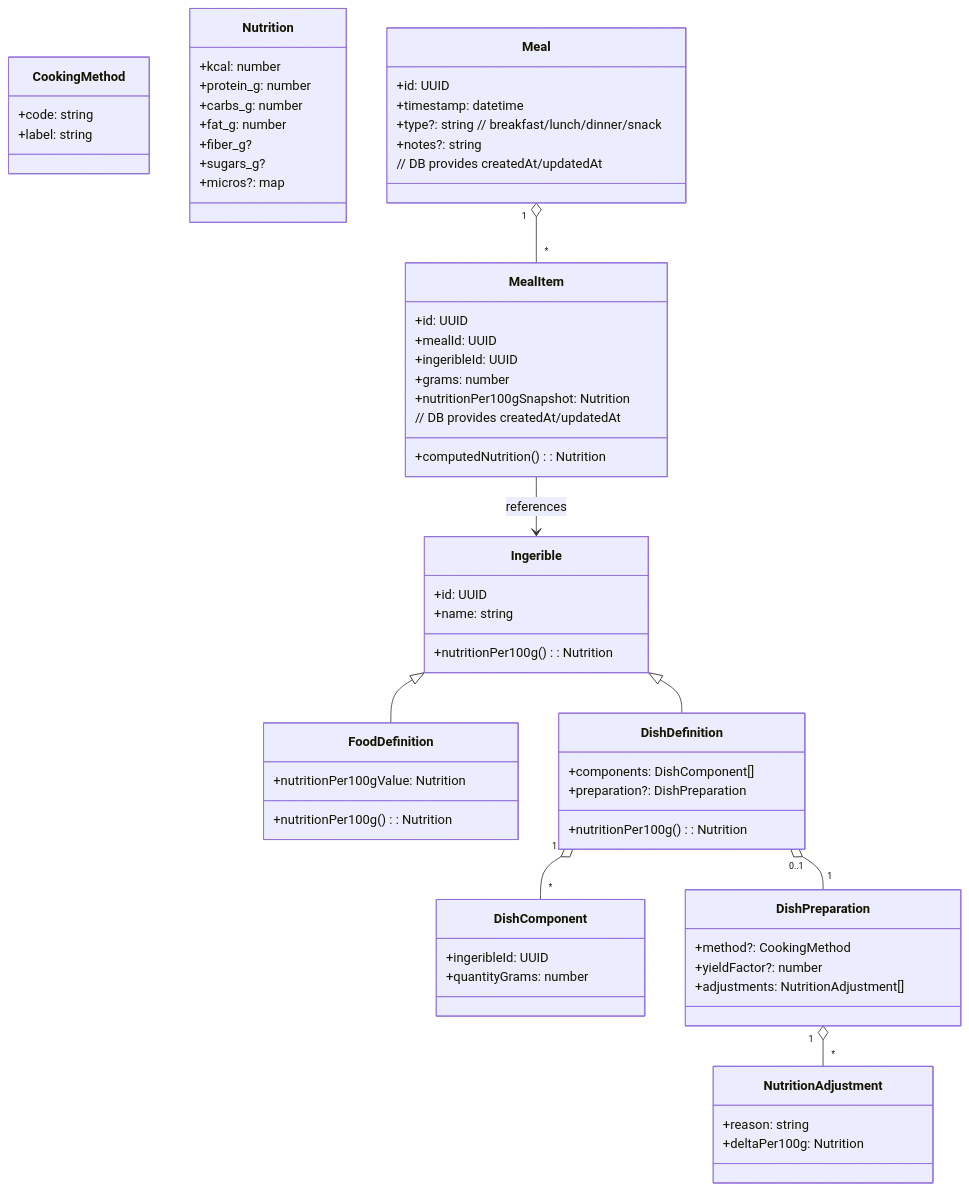
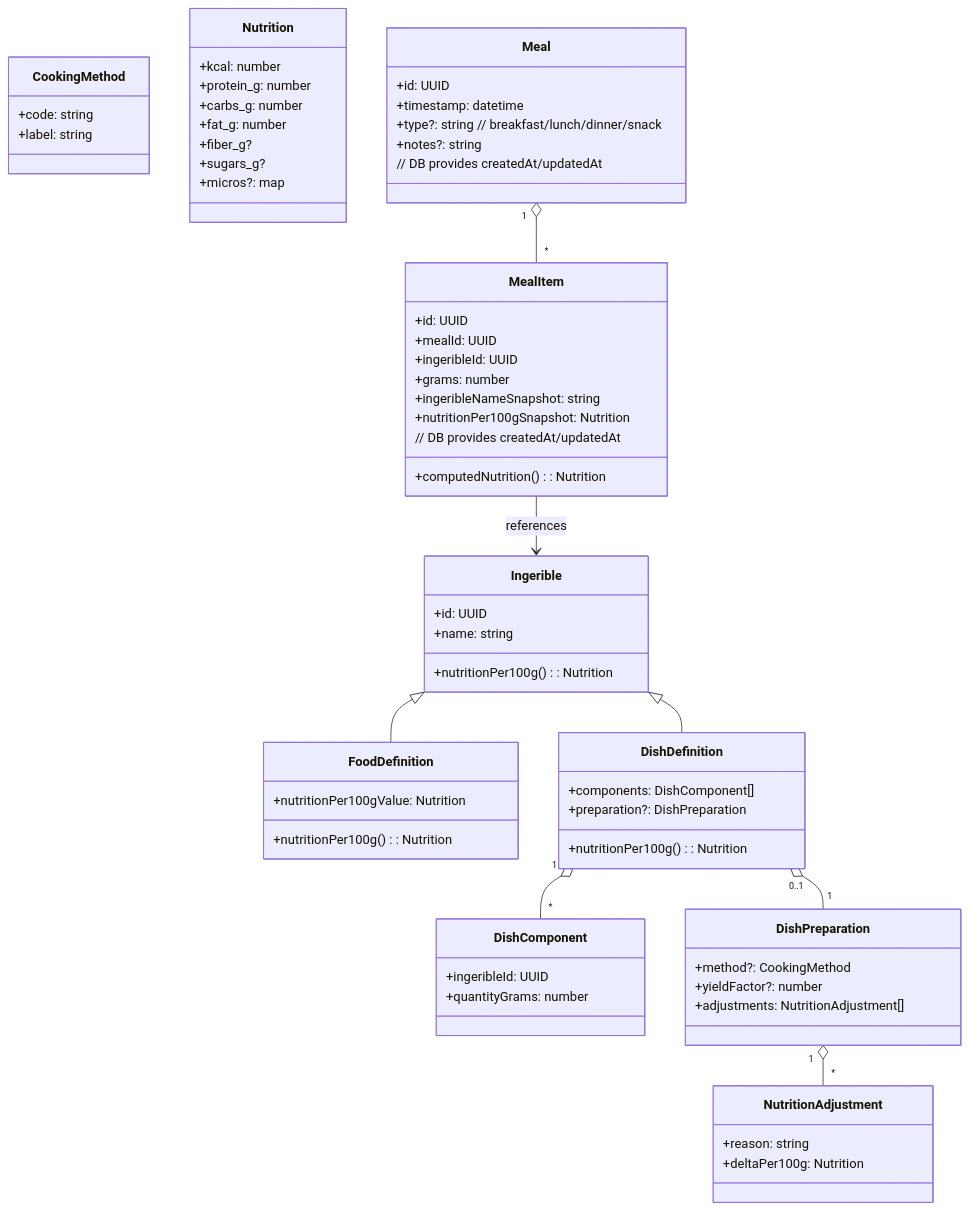
One commit to Roger486/ingesta changed the diagram in docs/domain-model.es.md. Above: the diagram before and after it, drawn with Mermaid.

Commit message:
docs: add name snapshot to MealItem

````diff
--- a/docs/domain-model.es.md
+++ b/docs/domain-model.es.md
@@ -16,79 +16,80 @@
 ```mermaid
 classDiagram
 
   class Ingerible {
     +id: UUID
     +name: string
     +nutritionPer100g(): Nutrition
   }
 
   class FoodDefinition {
     +nutritionPer100gValue: Nutrition
     +nutritionPer100g(): Nutrition
   }
 
   class DishDefinition {
     +components: DishComponent[]
     +preparation?: DishPreparation
     +nutritionPer100g(): Nutrition
   }
 
   class DishComponent {
     +ingeribleId: UUID
     +quantityGrams: number
   }
 
   class DishPreparation {
     +method?: CookingMethod
     +yieldFactor?: number
     +adjustments: NutritionAdjustment[]
   }
 
   class CookingMethod {
     +code: string
     +label: string
   }
 
   class Nutrition {
     +kcal: number
     +protein_g: number
     +carbs_g: number
     +fat_g: number
     +fiber_g?
     +sugars_g?
     +micros?: map<string, number>
   }
 
   class NutritionAdjustment {
     +reason: string
     +deltaPer100g: Nutrition
   }
 
   class Meal {
     +id: UUID
     +timestamp: datetime
     +type?: string  // breakfast/lunch/dinner/snack
     +notes?: string
     // DB provides createdAt/updatedAt
   }
 
   class MealItem {
     +id: UUID
     +mealId: UUID
     +ingeribleId: UUID
     +grams: number
+    +ingeribleNameSnapshot: string
     +nutritionPer100gSnapshot: Nutrition
     +computedNutrition(): Nutrition
     // DB provides createdAt/updatedAt
   }
 
   Ingerible <|-- FoodDefinition
   Ingerible <|-- DishDefinition
 
   DishDefinition "1" o-- "*" DishComponent
   DishDefinition "0..1" o-- "1" DishPreparation
   DishPreparation "1" o-- "*" NutritionAdjustment
 
   Meal "1" o-- "*" MealItem
   MealItem --> Ingerible : references
 ```
````
